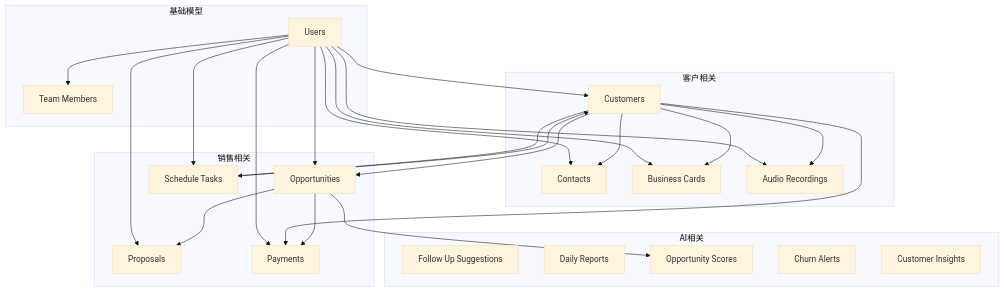
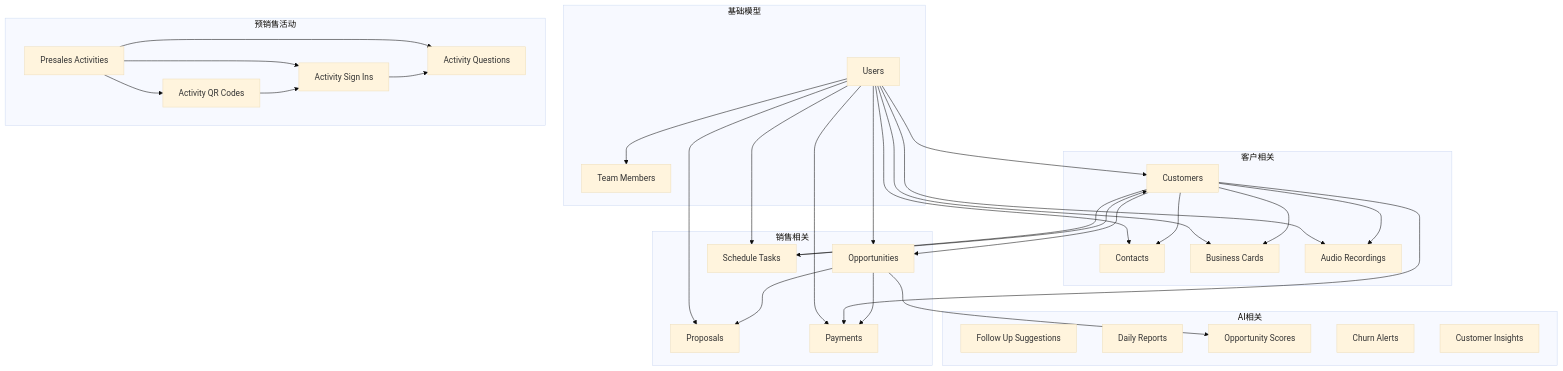
One commit to xianjianshenqu/SalesFlow-CRM changed diagram 18 of 20 in .qoder/repowiki/zh/content/Database Schema.md. Above: the diagram before and after it, drawn with Mermaid (base theme). The commit also changed other lines of this file and 5 other files, not shown here.

````diff
--- a/.qoder/repowiki/zh/content/Database Schema.md
+++ b/.qoder/repowiki/zh/content/Database Schema.md
@@ -561,45 +732,56 @@
 ```mermaid
 graph TB
 subgraph "基础模型"
 Users[Users]
 Teams[Team Members]
 end
 subgraph "客户相关"
 Customers[Customers]
 Contacts[Contacts]
 BusinessCards[Business Cards]
 AudioRecordings[Audio Recordings]
 end
 subgraph "销售相关"
 Opportunities[Opportunities]
 Proposals[Proposals]
 Payments[Payments]
 ScheduleTasks[Schedule Tasks]
 end
 subgraph "AI相关"
 FollowUpSuggestions[Follow Up Suggestions]
 DailyReports[Daily Reports]
 OpportunityScores[Opportunity Scores]
 ChurnAlerts[Churn Alerts]
 CustomerInsights[Customer Insights]
 end
+subgraph "预销售活动"
+PresalesActivities[Presales Activities]
+ActivityQrCodes[Activity QR Codes]
+ActivitySignIns[Activity Sign Ins]
+ActivityQuestions[Activity Questions]
+end
 Users --> Customers
 Users --> Teams
 Users --> ScheduleTasks
 Users --> AudioRecordings
 Users --> BusinessCards
 Users --> Contacts
 Users --> Opportunities
 Users --> Proposals
 Users --> Payments
 Customers --> Contacts
 Customers --> BusinessCards
 Customers --> AudioRecordings
 Customers --> Opportunities
 Customers --> Payments
 Customers --> ScheduleTasks
 Opportunities --> Proposals
 Opportunities --> Payments
 Opportunities --> OpportunityScores
 ScheduleTasks --> Customers
+PresalesActivities --> ActivityQrCodes
+PresalesActivities --> ActivitySignIns
+PresalesActivities --> ActivityQuestions
+ActivityQrCodes --> ActivitySignIns
+ActivitySignIns --> ActivityQuestions
 ```
````
